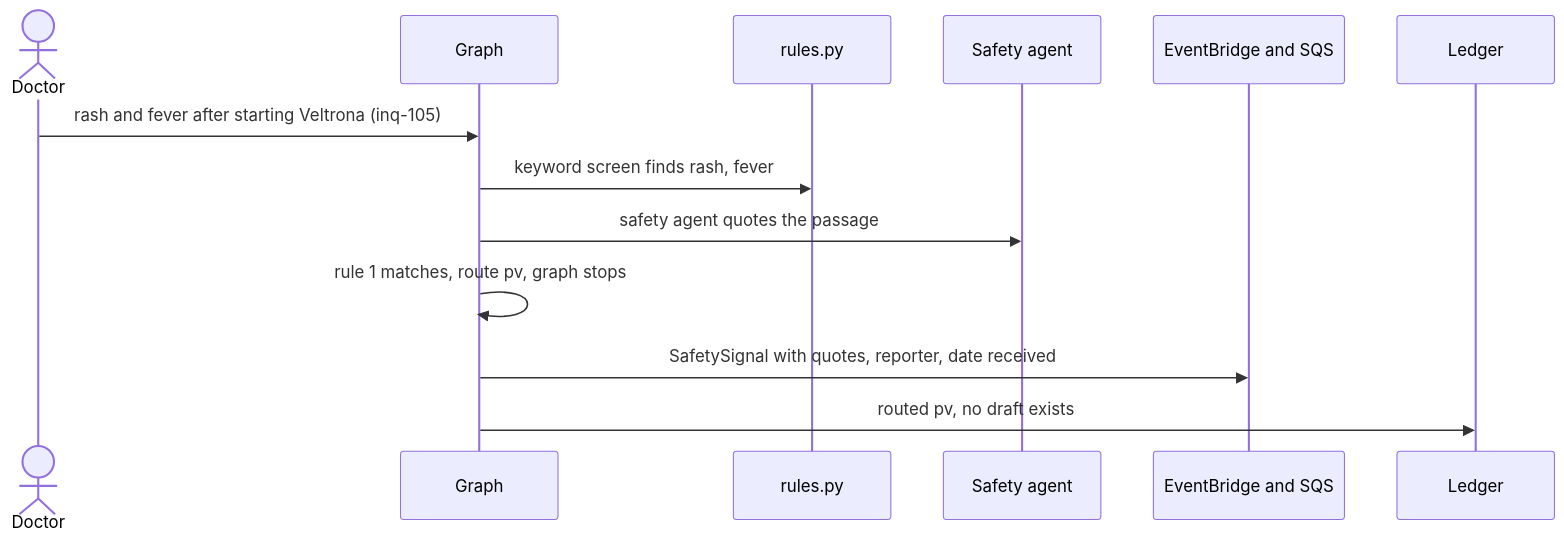
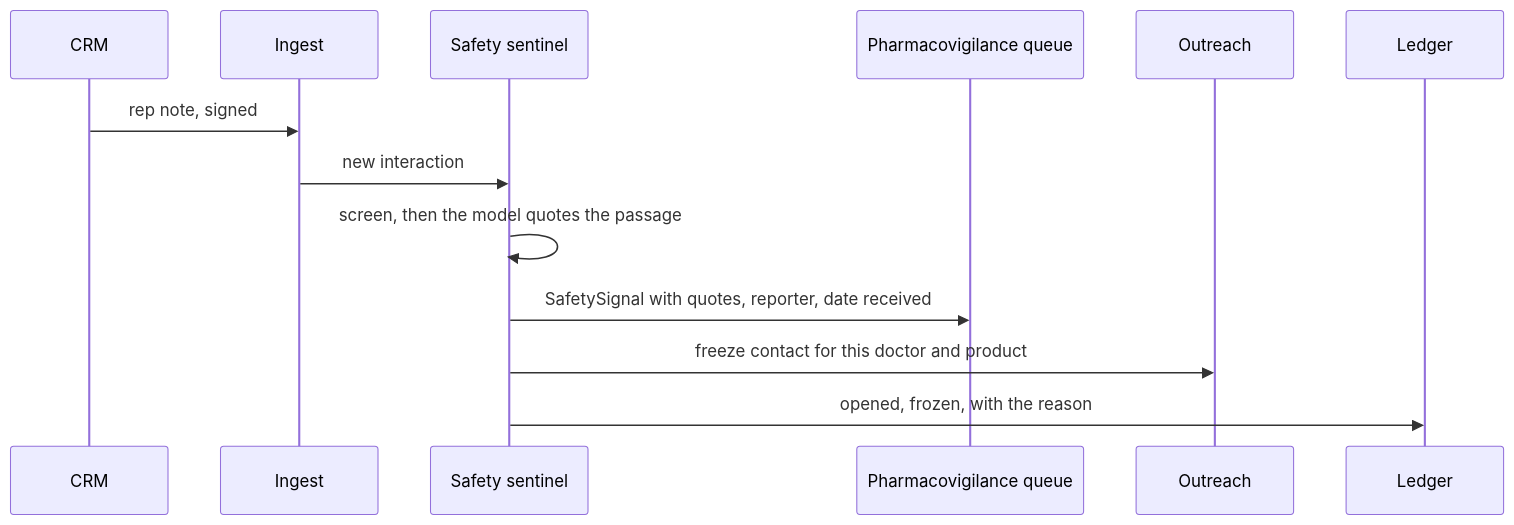
Before and after one commit to learnwithparam/enterprise-agentic-architecture: diagram 15 of 20 in docs/architecture-walkthrough.md, drawn with Mermaid. The commit also changed other lines of this file and 282 other files, not shown here.

````diff
--- a/docs/architecture-walkthrough.md
+++ b/docs/architecture-walkthrough.md
@@ -163,15 +397,15 @@
 ```mermaid
 sequenceDiagram
-  actor Doctor
-  participant G as Graph
-  participant R as rules.py
-  participant A as Safety agent
-  participant B as EventBridge and SQS
+  participant CRM as CRM
+  participant I as Ingest
+  participant S as Safety sentinel
+  participant PV as Pharmacovigilance queue
+  participant O as Outreach
   participant L as Ledger
-  Doctor->>G: rash and fever after starting Veltrona (inq-105)
-  G->>R: keyword screen finds rash, fever
-  G->>A: safety agent quotes the passage
-  G->>G: rule 1 matches, route pv, graph stops
-  G->>B: SafetySignal with quotes, reporter, date received
-  G->>L: routed pv, no draft exists
+  CRM->>I: rep note, signed
+  I->>S: new interaction
+  S->>S: screen, then the model quotes the passage
+  S->>PV: SafetySignal with quotes, reporter, date received
+  S->>O: freeze contact for this doctor and product
+  S->>L: opened, frozen, with the reason
 ```
````
